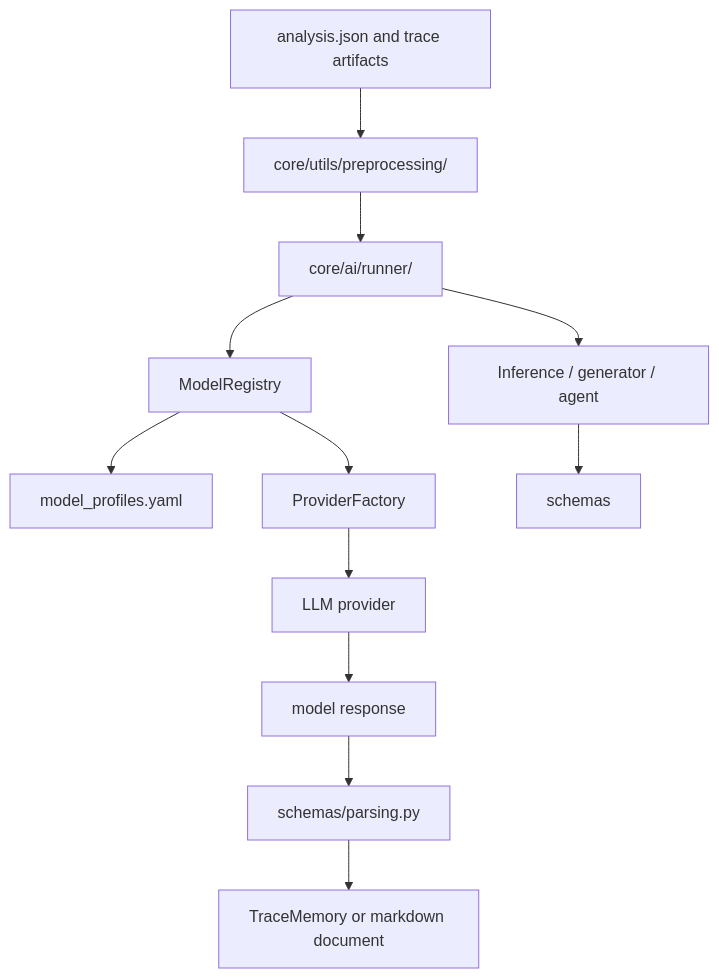
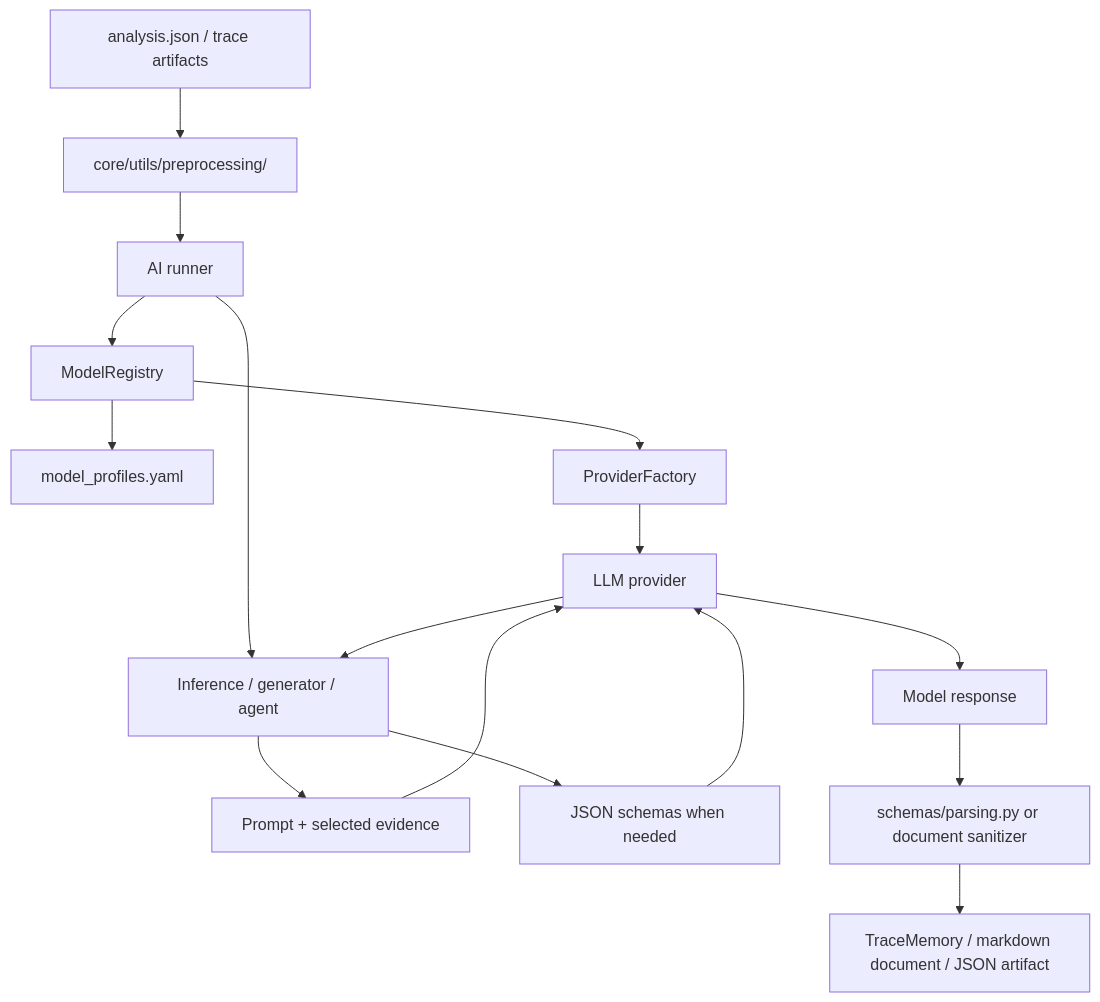
Before and after one commit to pablo-972/AIM: the first of 2 diagrams in docs/ai/README.md, drawn with Mermaid. The commit also changed other lines of this file and 1 other file, not shown here.

Commit message:
Minor changes

````diff
--- a/docs/ai/README.md
+++ b/docs/ai/README.md
@@ -17,14 +17,22 @@
 ```mermaid
 flowchart TD
-    Artifacts[analysis.json and trace artifacts] --> Preprocessing[core/utils/preprocessing/]
-    Preprocessing --> Runner[core/ai/runner/]
+    Artifacts[analysis.json / trace artifacts] --> Preprocessing[core/utils/preprocessing/]
+    Preprocessing --> Runner[AI runner]
+
     Runner --> Registry[ModelRegistry]
     Registry --> Profiles[model_profiles.yaml]
     Registry --> Factory[ProviderFactory]
     Factory --> Provider[LLM provider]
+
     Runner --> Inference[Inference / generator / agent]
-    Inference --> Schemas[schemas]
-    Provider --> Response[model response]
-    Response --> Parsing[schemas/parsing.py]
-    Parsing --> Memory[TraceMemory or markdown document]
+    Provider --> Inference
+
+    Inference --> Prompt[Prompt + selected evidence]
+    Inference --> Schemas[JSON schemas when needed]
+    Prompt --> Provider
+    Schemas --> Provider
+
+    Provider --> Response[Model response]
+    Response --> Parsing[schemas/parsing.py or document sanitizer]
+    Parsing --> Output[TraceMemory / markdown document / JSON artifact]
 ```
````
